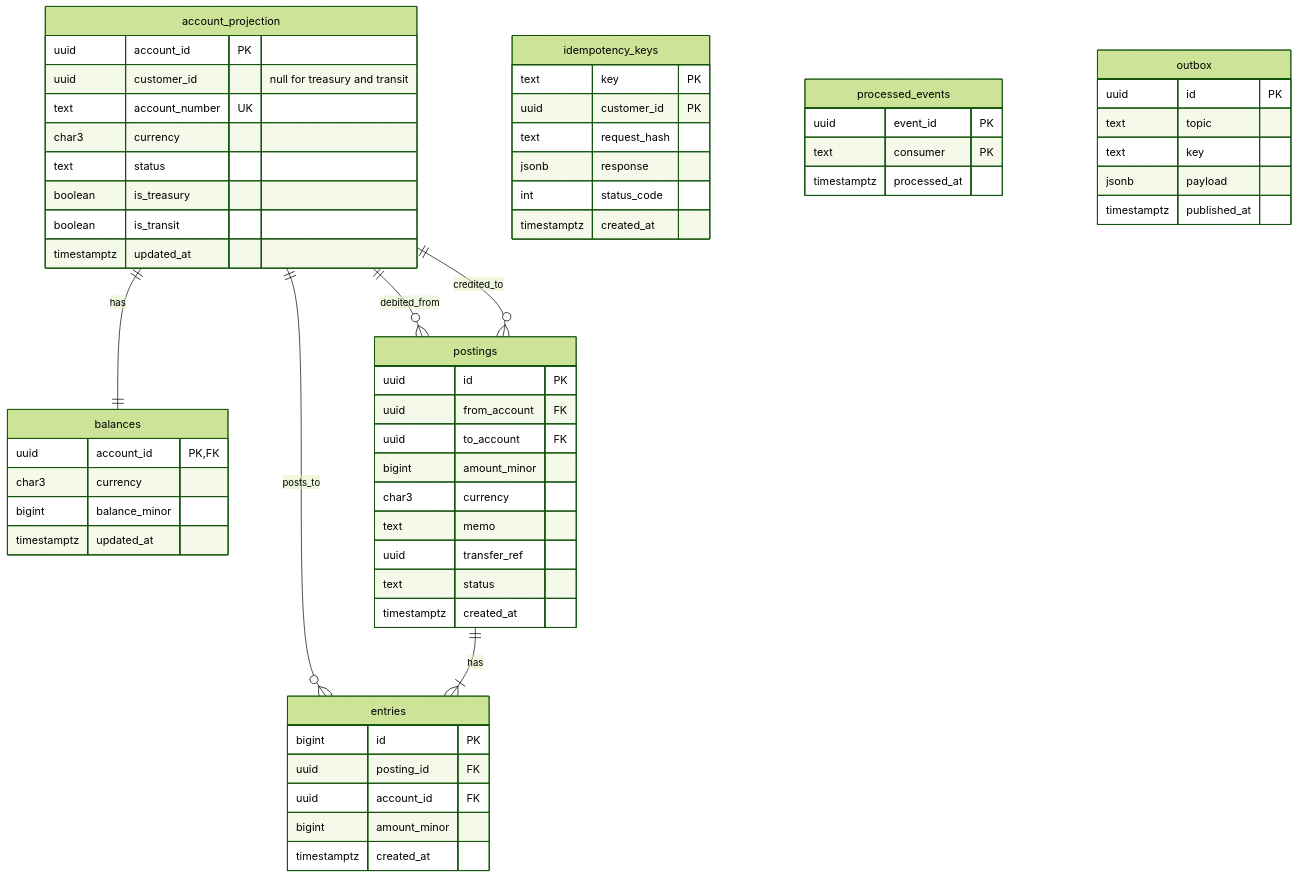
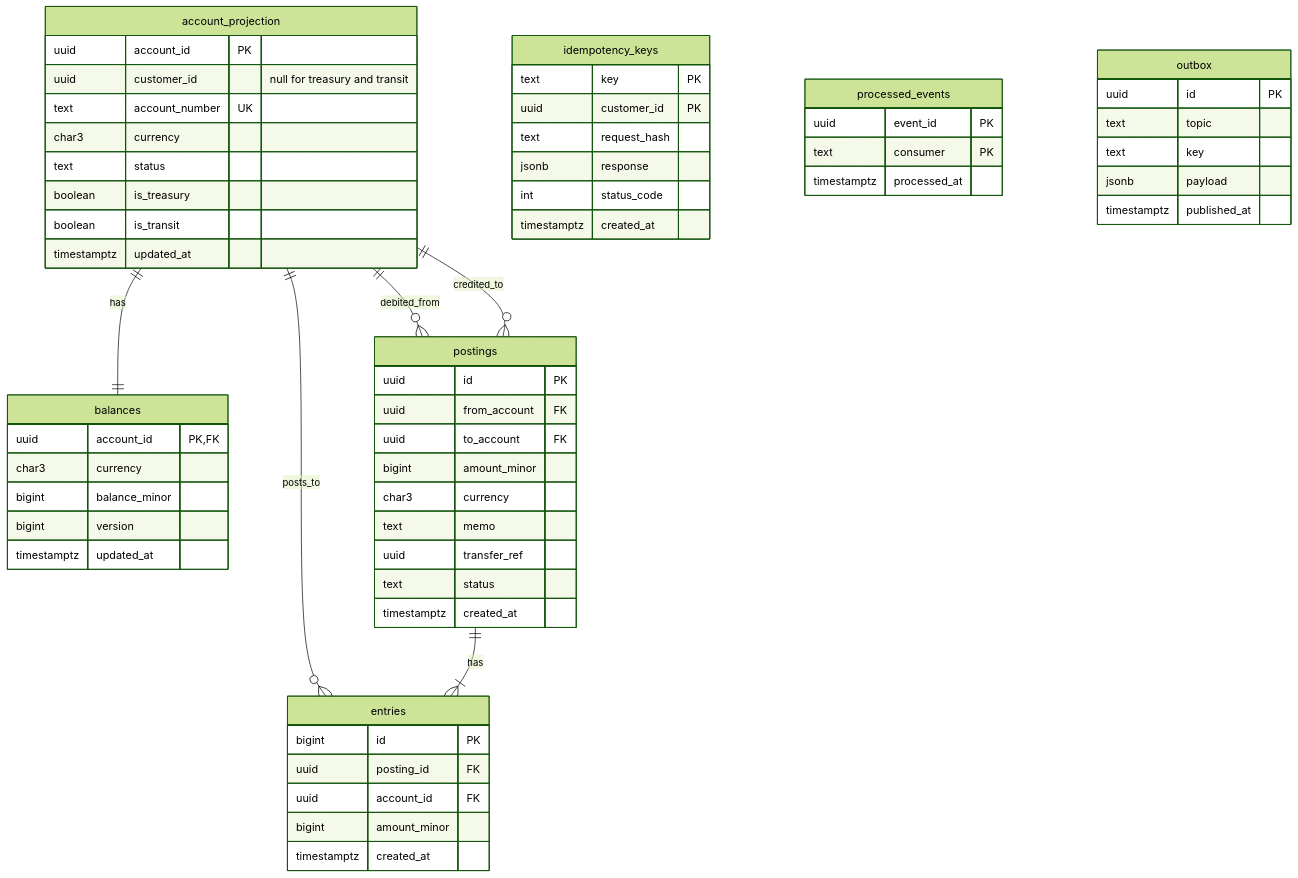
The diagram in specs/ledger/002-schema.md (GodwinJacobR/mock-bank), drawn with Mermaid (forest theme) before and after one commit. The commit also changed other lines of this file and 18 other files, not shown here.

````diff
--- a/specs/ledger/002-schema.md
+++ b/specs/ledger/002-schema.md
@@ -24,62 +24,63 @@
 ```mermaid
 erDiagram
   account_projection ||--|| balances : has
   account_projection ||--o{ entries : posts_to
   postings ||--|{ entries : has
   account_projection ||--o{ postings : debited_from
   account_projection ||--o{ postings : credited_to
   account_projection {
     uuid account_id PK
     uuid customer_id "null for treasury and transit"
     text account_number UK
     char3 currency
     text status
     boolean is_treasury
     boolean is_transit
     timestamptz updated_at
   }
   balances {
     uuid account_id PK,FK
     char3 currency
     bigint balance_minor
+    bigint version
     timestamptz updated_at
   }
   postings {
     uuid id PK
     uuid from_account FK
     uuid to_account FK
     bigint amount_minor
     char3 currency
     text memo
     uuid transfer_ref
     text status
     timestamptz created_at
   }
   entries {
     bigint id PK
     uuid posting_id FK
     uuid account_id FK
     bigint amount_minor
     timestamptz created_at
   }
   idempotency_keys {
     text key PK
     uuid customer_id PK
     text request_hash
     jsonb response
     int status_code
     timestamptz created_at
   }
   processed_events {
     uuid event_id PK
     text consumer PK
     timestamptz processed_at
   }
   outbox {
     uuid id PK
     text topic
     text key
     jsonb payload
     timestamptz published_at
   }
 ```
````
